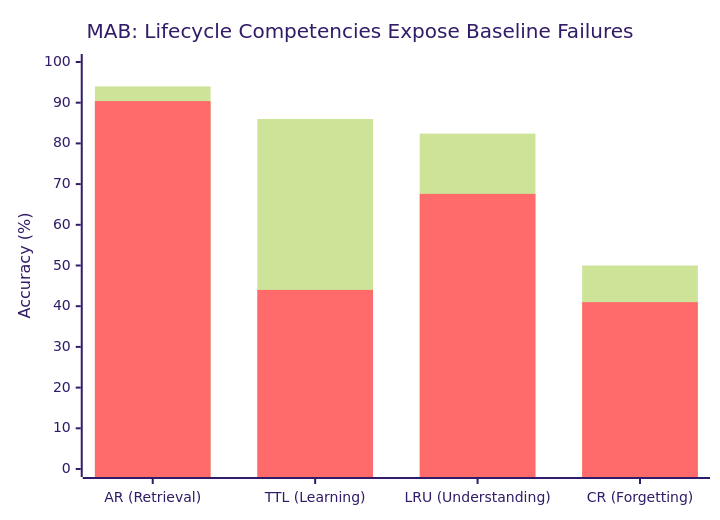
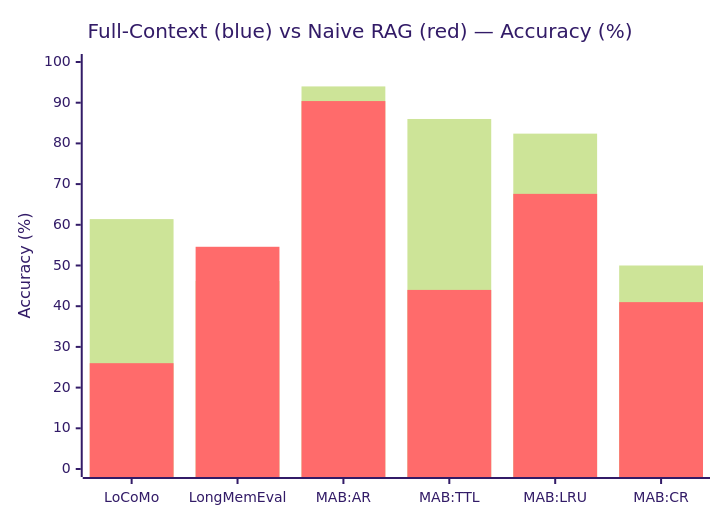
The third of 3 diagrams in README.md (h4x0r/alaya), drawn with Mermaid (forest theme) before and after one commit. The commit also changed other lines of this file, not shown here.

Commit message:
fix: consolidate benchmark charts into single unified view

````diff
--- a/README.md
+++ b/README.md
@@ -450,8 +441,8 @@
 ```mermaid
 xychart-beta
-    title "MAB: Lifecycle Competencies Expose Baseline Failures"
-    x-axis ["AR (Retrieval)", "TTL (Learning)", "LRU (Understanding)", "CR (Forgetting)"]
+    title "Full-Context (blue) vs Naive RAG (red) — Accuracy (%)"
+    x-axis ["LoCoMo", "LongMemEval", "MAB:AR", "MAB:TTL", "MAB:LRU", "MAB:CR"]
     y-axis "Accuracy (%)" 0 --> 100
-    bar [94.0, 86.0, 82.4, 50.0]
-    bar [90.4, 44.0, 67.6, 41.0]
+    bar [61.4, 46.2, 94.0, 86.0, 82.4, 50.0]
+    bar [26.0, 54.6, 90.4, 44.0, 67.6, 41.0]
 ```
````
